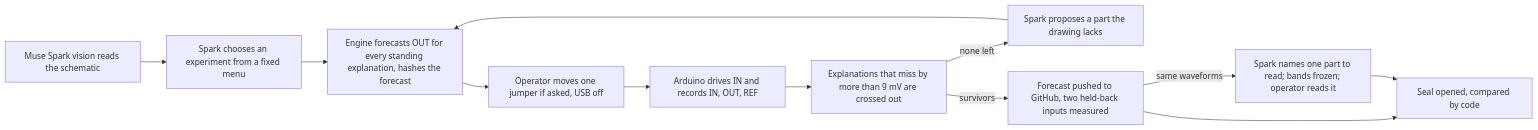
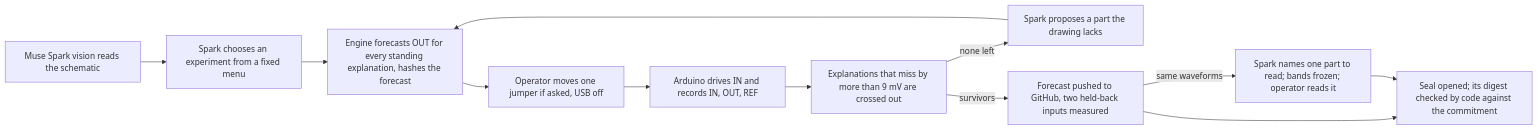
The diagram in README.md (bami-codes/BenchMate), drawn with Mermaid before and after one commit. The commit also changed other lines of this file and 3 other files, not shown here.

````diff
--- a/README.md
+++ b/README.md
@@ -33,14 +35,14 @@
 ```mermaid
 flowchart LR
     A[Muse Spark vision reads the schematic] --> B[Spark chooses an experiment from a fixed menu]
     B --> C[Engine forecasts OUT for every standing explanation, hashes the forecast]
     C --> D[Operator moves one jumper if asked, USB off]
     D --> E[Arduino drives IN and records IN, OUT, REF]
     E --> F[Explanations that miss by more than 9 mV are crossed out]
     F -->|none left| G[Spark proposes a part the drawing lacks]
     G --> C
     F -->|survivors| H[Forecast pushed to GitHub, two held-back inputs measured]
     H -->|same waveforms| I[Spark names one part to read; bands frozen; operator reads it]
-    H --> J[Seal opened, compared by code]
+    H --> J[Seal opened; its digest checked by code against the commitment]
     I --> J
 ```
````
